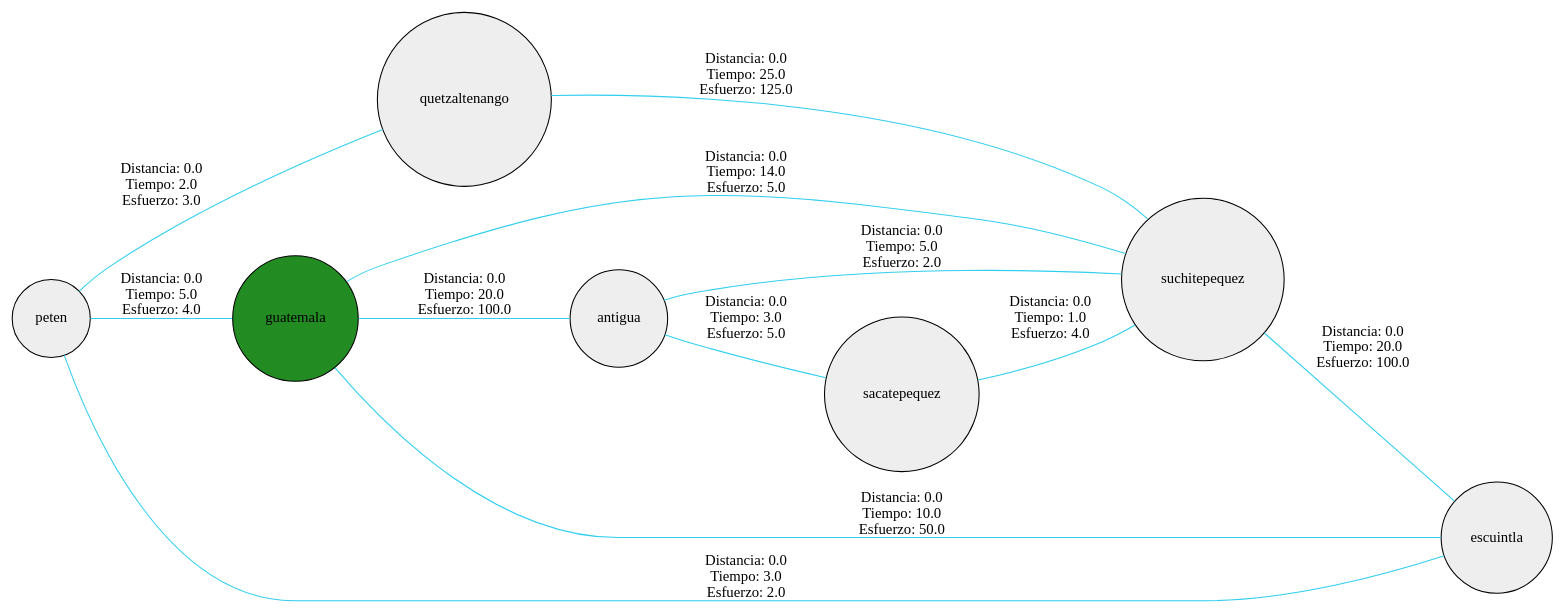
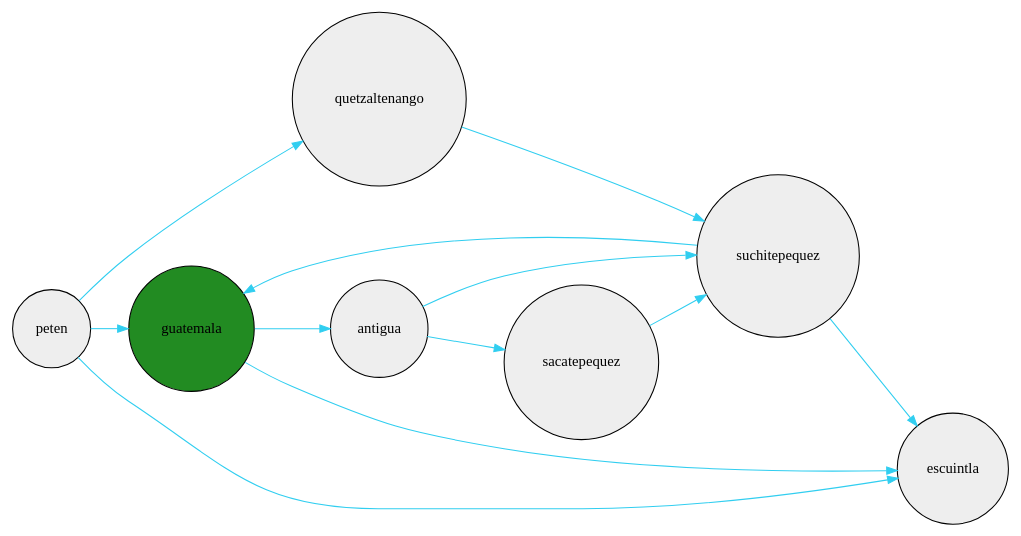
One commit to Fxhnd13/ProyectoFinalEstructuraDeDatos changed the diagram in build/classes/Images/grafo.dot. Above: the diagram before and after it, drawn with Graphviz. The commit also changed 21 other files, not shown here.

```diff
--- a/build/classes/Images/grafo.dot
+++ b/build/classes/Images/grafo.dot
@@ -1,41 +1,19 @@
 digraph G{
      node[shape=circle];
      node[style=filled];
      node[fillcolor="#EEEEEE"];
-     edge[color="#31CEF0"];     edge[arrowhead="none"];
-     guatemala->escuintla[label="Distancia: 0.0
-Tiempo: 10.0
-Esfuerzo: 50.0"];
-     guatemala->antigua[label="Distancia: 0.0
-Tiempo: 20.0
-Esfuerzo: 100.0"];
-     suchitepequez->escuintla[label="Distancia: 0.0
-Tiempo: 20.0
-Esfuerzo: 100.0"];
-     quetzaltenango->suchitepequez[label="Distancia: 0.0
-Tiempo: 25.0
-Esfuerzo: 125.0"];
-     sacatepequez->suchitepequez[label="Distancia: 0.0
-Tiempo: 1.0
-Esfuerzo: 4.0"];
-     peten->guatemala[label="Distancia: 0.0
-Tiempo: 5.0
-Esfuerzo: 4.0"];
-     peten->quetzaltenango[label="Distancia: 0.0
-Tiempo: 2.0
-Esfuerzo: 3.0"];
-     peten->escuintla[label="Distancia: 0.0
-Tiempo: 3.0
-Esfuerzo: 2.0"];
-     suchitepequez->guatemala[label="Distancia: 0.0
-Tiempo: 14.0
-Esfuerzo: 5.0"];
-     antigua->suchitepequez[label="Distancia: 0.0
-Tiempo: 5.0
-Esfuerzo: 2.0"];
-     antigua->sacatepequez[label="Distancia: 0.0
-Tiempo: 3.0
-Esfuerzo: 5.0"];
+     edge[color="#31CEF0"];
+     guatemala->escuintla;
+     guatemala->antigua;
+     suchitepequez->escuintla;
+     quetzaltenango->suchitepequez;
+     sacatepequez->suchitepequez;
+     peten->guatemala;
+     peten->quetzaltenango;
+     peten->escuintla;
+     suchitepequez->guatemala;
+     antigua->suchitepequez;
+     antigua->sacatepequez;
      guatemala[fillcolor="forestgreen"];
      rankdir=LR;
 }
```
